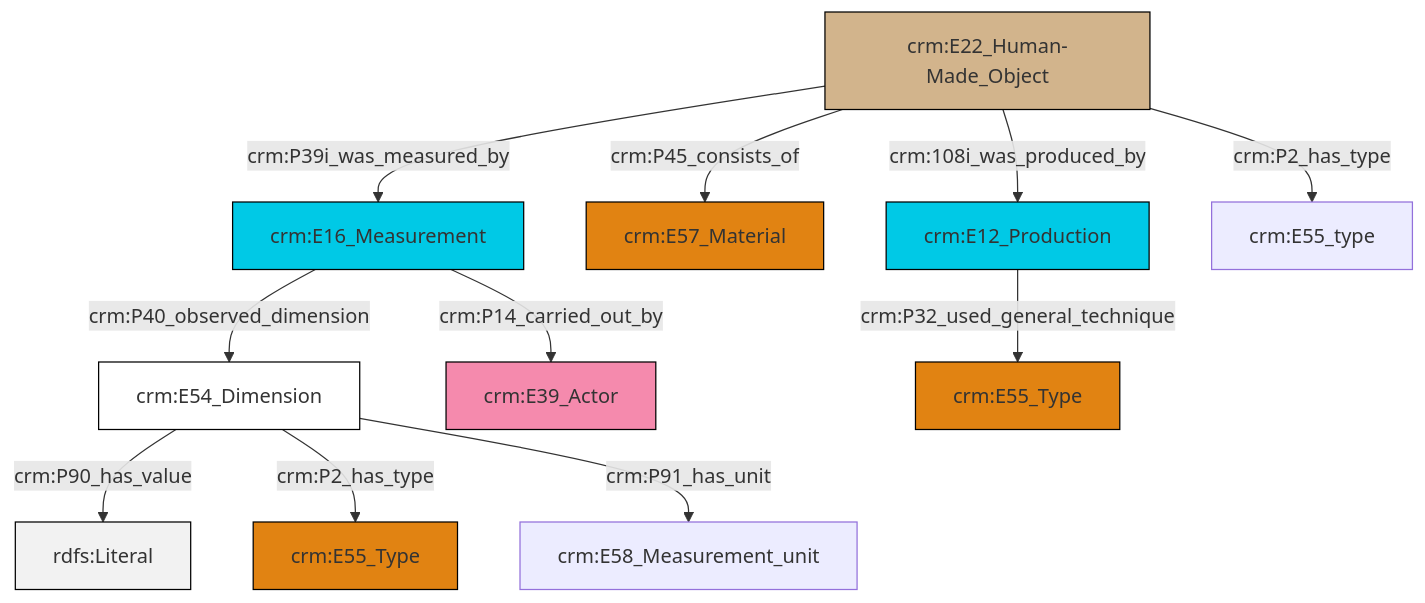
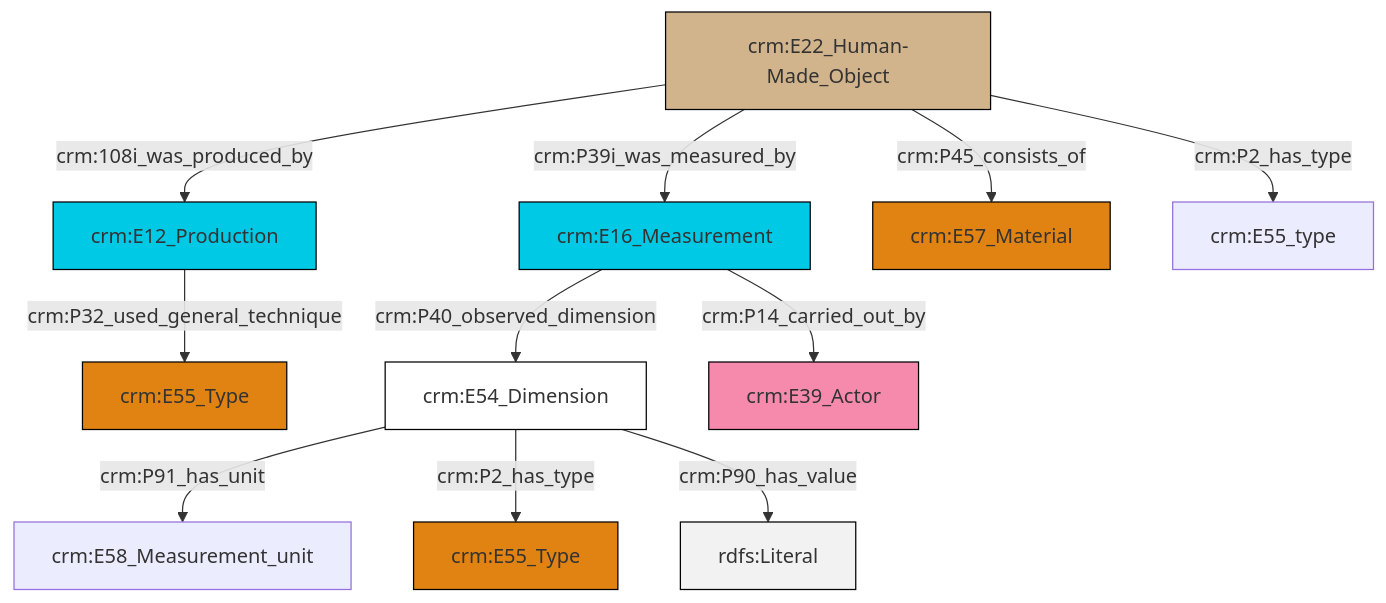
The diagram in et/artworkCSV/ttl/mmd/Artwork_substance.ttl.mmd (swiss-art-research-net/docs.swissartresearch), drawn with Mermaid before and after one commit. The commit also changed 204 other files, not shown here.

```diff
--- a/et/artworkCSV/ttl/mmd/Artwork_substance.ttl.mmd
+++ b/et/artworkCSV/ttl/mmd/Artwork_substance.ttl.mmd
@@ -1,25 +1,25 @@
 graph TD
 classDef Literal fill:#f2f2f2,stroke:#000000;
 classDef CRM_Entity fill:#FFFFFF,stroke:#000000;
 classDef Temporal_Entity fill:#00C9E6, stroke:#000000;
 classDef Type fill:#E18312, stroke:#000000;
 classDef Time-Span fill:#2C9C91, stroke:#000000;
 classDef Appellation fill:#FFEB7F, stroke:#000000;
 classDef Place fill:#008836, stroke:#000000;
 classDef Persistent_Item fill:#B266B2, stroke:#000000;
 classDef Conceptual_Object fill:#FFD700, stroke:#000000;
 classDef Physical_Thing fill:#D2B48C, stroke:#000000;
 classDef Actor fill:#f58aad, stroke:#000000;
 classDef PC_Classes fill:#4ce600, stroke:#000000;
 classDef Multi fill:#cccccc,stroke:#000000;
 
-0["crm:E54_Dimension"]:::CRM_Entity -->|crm:P90_has_value| 1[rdfs:Literal]:::Literal
-10["crm:E22_Human-Made_Object"]:::Physical_Thing -->|crm:108i_was_produced_by| 11["crm:E12_Production"]:::Temporal_Entity
-0["crm:E54_Dimension"]:::CRM_Entity -->|crm:P2_has_type| 2["crm:E55_Type"]:::Type
-10["crm:E22_Human-Made_Object"]:::Physical_Thing -->|crm:P45_consists_of| 8["crm:E57_Material"]:::Type
-10["crm:E22_Human-Made_Object"]:::Physical_Thing -->|crm:P39i_was_measured_by| 4["crm:E16_Measurement"]:::Temporal_Entity
-4["crm:E16_Measurement"]:::Temporal_Entity -->|crm:P40_observed_dimension| 0["crm:E54_Dimension"]:::CRM_Entity
-4["crm:E16_Measurement"]:::Temporal_Entity -->|crm:P14_carried_out_by| 6["crm:E39_Actor"]:::Actor
-11["crm:E12_Production"]:::Temporal_Entity -->|crm:P32_used_general_technique| 17["crm:E55_Type"]:::Type
-10["crm:E22_Human-Made_Object"]:::Physical_Thing -->|crm:P2_has_type| 15["crm:E55_type"]:::Default
-0["crm:E54_Dimension"]:::CRM_Entity -->|crm:P91_has_unit| 19["crm:E58_Measurement_unit"]:::Default
+0["crm:E12_Production"]:::Temporal_Entity -->|crm:P32_used_general_technique| 1["crm:E55_Type"]:::Type
+2["crm:E54_Dimension"]:::CRM_Entity -->|crm:P91_has_unit| 3["crm:E58_Measurement_unit"]:::Default
+8["crm:E22_Human-Made_Object"]:::Physical_Thing -->|crm:P45_consists_of| 9["crm:E57_Material"]:::Type
+8["crm:E22_Human-Made_Object"]:::Physical_Thing -->|crm:108i_was_produced_by| 0["crm:E12_Production"]:::Temporal_Entity
+8["crm:E22_Human-Made_Object"]:::Physical_Thing -->|crm:P2_has_type| 15["crm:E55_type"]:::Default
+8["crm:E22_Human-Made_Object"]:::Physical_Thing -->|crm:P39i_was_measured_by| 4["crm:E16_Measurement"]:::Temporal_Entity
+2["crm:E54_Dimension"]:::CRM_Entity -->|crm:P2_has_type| 6["crm:E55_Type"]:::Type
+4["crm:E16_Measurement"]:::Temporal_Entity -->|crm:P40_observed_dimension| 2["crm:E54_Dimension"]:::CRM_Entity
+2["crm:E54_Dimension"]:::CRM_Entity -->|crm:P90_has_value| 20[rdfs:Literal]:::Literal
+4["crm:E16_Measurement"]:::Temporal_Entity -->|crm:P14_carried_out_by| 16["crm:E39_Actor"]:::Actor
```
